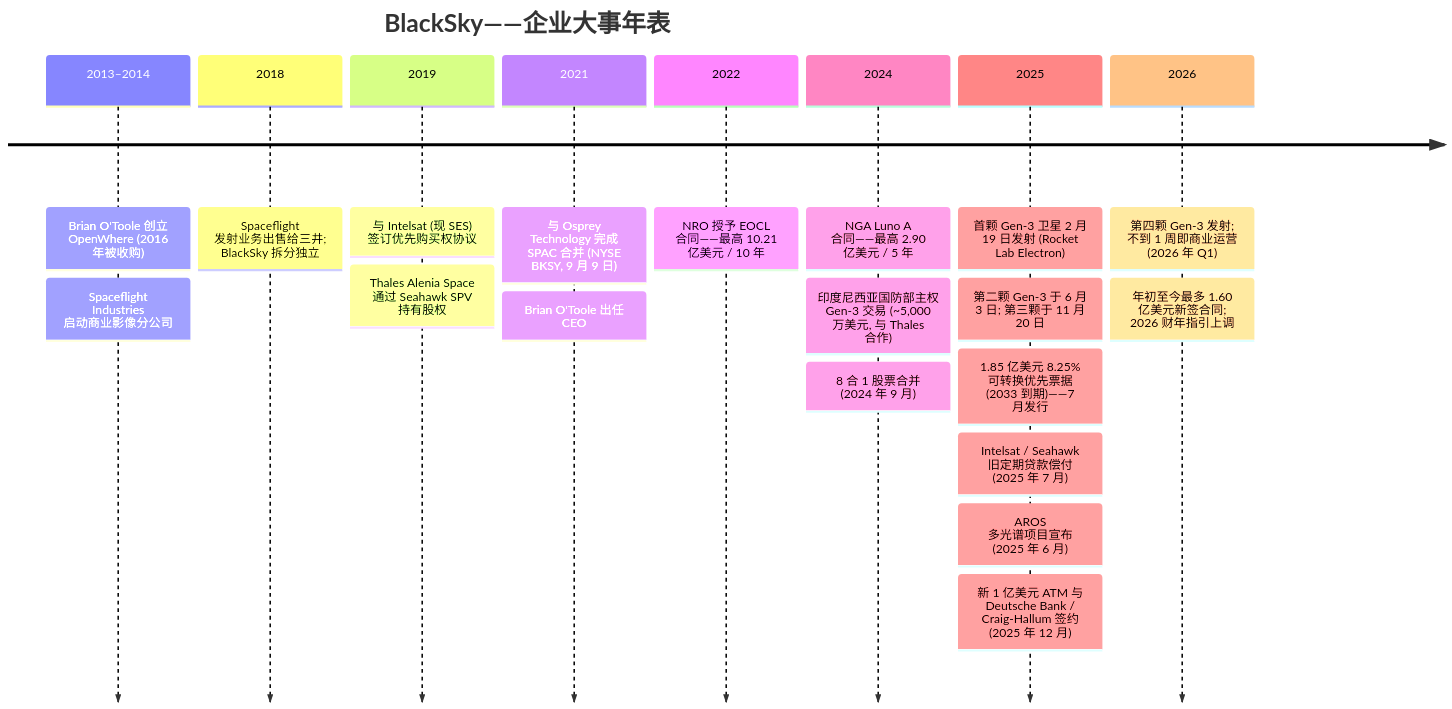
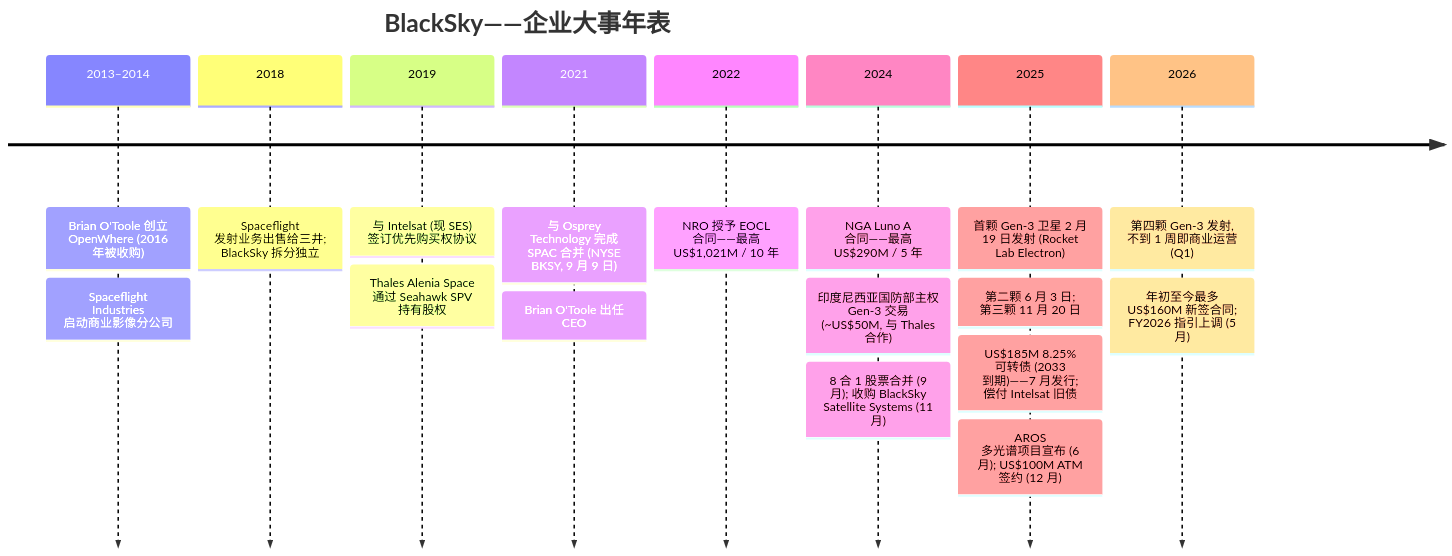
The first of 6 diagrams in reports/company/BlackSky_NYSE_BKSY/BlackSky_NYSE_BKSY_公司研究.md (dadachundan/financial_agent), drawn with Mermaid before and after one commit. The commit also changed other lines of this file and 9 other files, not shown here.

````diff
--- a/reports/company/BlackSky_NYSE_BKSY/BlackSky_NYSE_BKSY_公司研究.md
+++ b/reports/company/BlackSky_NYSE_BKSY/BlackSky_NYSE_BKSY_公司研究.md
@@ -72,23 +421,21 @@
 ```mermaid
 timeline
     title BlackSky——企业大事年表
     2013–2014 : Brian O'Toole 创立 OpenWhere (2016 年被收购)
               : Spaceflight Industries 启动商业影像分公司
     2018      : Spaceflight 发射业务出售给三井; BlackSky 拆分独立
     2019      : 与 Intelsat (现 SES) 签订优先购买权协议
               : Thales Alenia Space 通过 Seahawk SPV 持有股权
     2021      : 与 Osprey Technology 完成 SPAC 合并 (NYSE BKSY, 9 月 9 日)
               : Brian O'Toole 出任 CEO
-    2022      : NRO 授予 EOCL 合同——最高 10.21 亿美元 / 10 年
-    2024      : NGA Luno A 合同——最高 2.90 亿美元 / 5 年
-              : 印度尼西亚国防部主权 Gen-3 交易 (~5,000 万美元, 与 Thales 合作)
-              : 8 合 1 股票合并 (2024 年 9 月)
+    2022      : NRO 授予 EOCL 合同——最高 US$1,021M / 10 年
+    2024      : NGA Luno A 合同——最高 US$290M / 5 年
+              : 印度尼西亚国防部主权 Gen-3 交易 (~US$50M, 与 Thales 合作)
+              : 8 合 1 股票合并 (9 月); 收购 BlackSky Satellite Systems (11 月)
     2025      : 首颗 Gen-3 卫星 2 月 19 日发射 (Rocket Lab Electron)
-              : 第二颗 Gen-3 于 6 月 3 日; 第三颗于 11 月 20 日
-              : 1.85 亿美元 8.25% 可转换优先票据 (2033 到期)——7 月发行
-              : Intelsat / Seahawk 旧定期贷款偿付 (2025 年 7 月)
-              : AROS 多光谱项目宣布 (2025 年 6 月)
-              : 新 1 亿美元 ATM 与 Deutsche Bank / Craig-Hallum 签约 (2025 年 12 月)
-    2026      : 第四颗 Gen-3 发射; 不到 1 周即商业运营 (2026 年 Q1)
-              : 年初至今最多 1.60 亿美元新签合同; 2026 财年指引上调
+              : 第二颗 6 月 3 日; 第三颗 11 月 20 日
+              : US$185M 8.25% 可转债 (2033 到期)——7 月发行; 偿付 Intelsat 旧债
+              : AROS 多光谱项目宣布 (6 月); US$100M ATM 签约 (12 月)
+    2026      : 第四颗 Gen-3 发射, 不到 1 周即商业运营 (Q1)
+              : 年初至今最多 US$160M 新签合同; FY2026 指引上调 (5 月)
 ```
````
